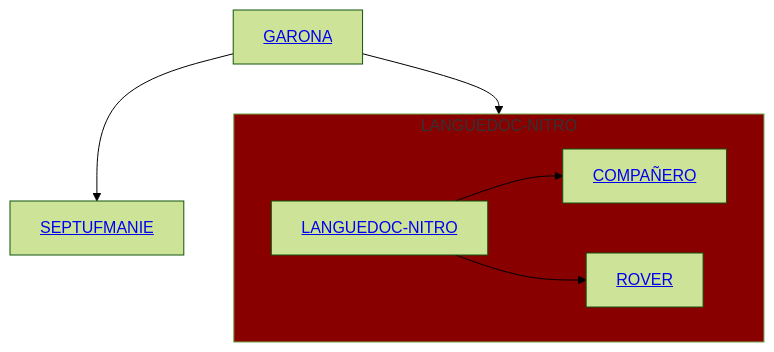
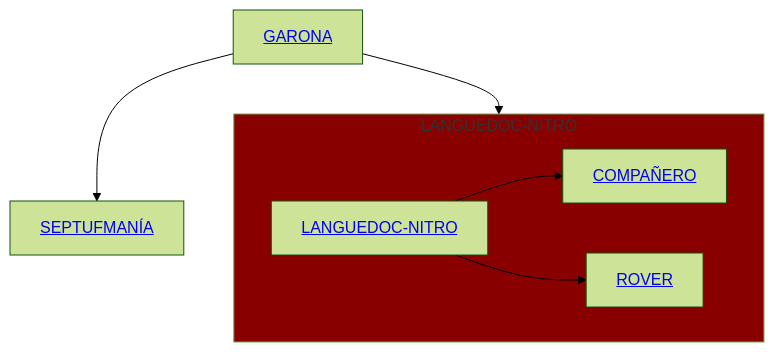
One commit to Septimania/septimania changed the diagram in README_ES.md. Above: the diagram before and after it, drawn with Mermaid (forest theme).

````diff
--- a/README_ES.md
+++ b/README_ES.md
@@ -122,13 +122,13 @@
 ```mermaid
   graph TD
       A["<a href="https://synologygaronne.wixsite.com/synologygaronne">GARONA</a>"]
       subgraph NITRO [LANGUEDOC-NITRO]
       B["<a href="https://languedocnitro.wixsite.com/languedoc-nitro">LANGUEDOC-NITRO</a>"]
       B --> C["<a href="https://languedocnitro.wixsite.com/compagnon">COMPAÑERO</a>"]
       B --> D["<a href="https://languedocnitro.wixsite.com/rover">ROVER</a>"]
       end
       A --> NITRO
-      A --> E["<a href="https://septufmanie.wixsite.com/septufmanie">SEPTUFMANIE</a>"]
+      A --> E["<a href="https://septufmanie.wixsite.com/septufmanie">SEPTUFMANÍA</a>"]
 
       style NITRO fill:#800
 ```
````
